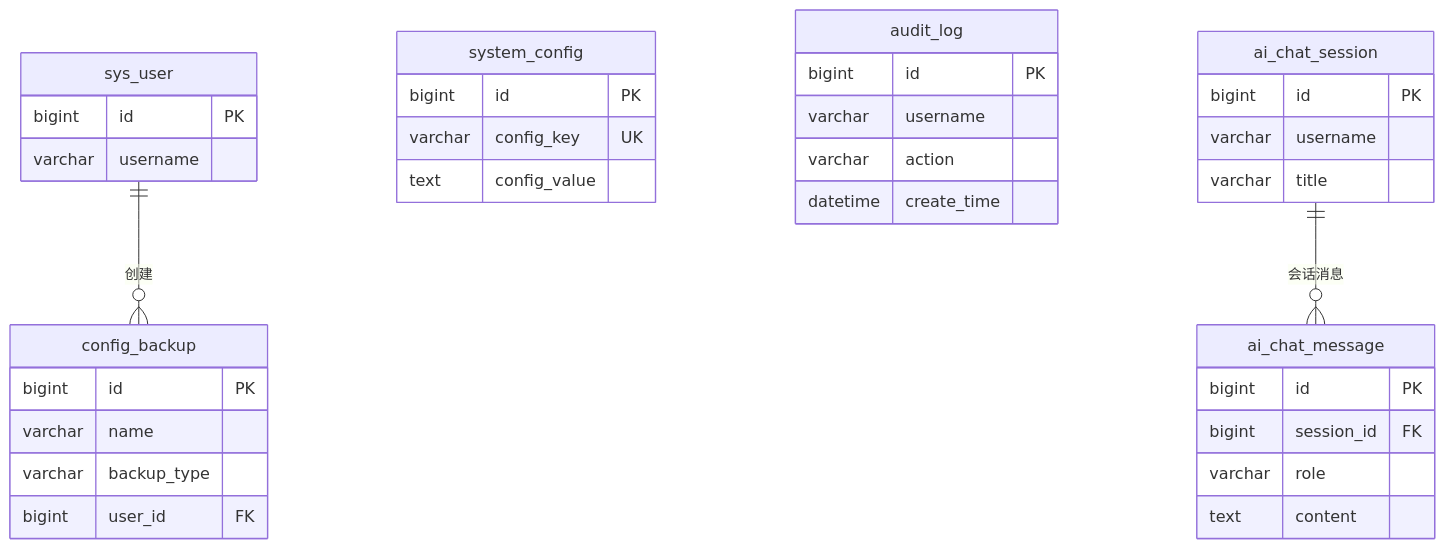
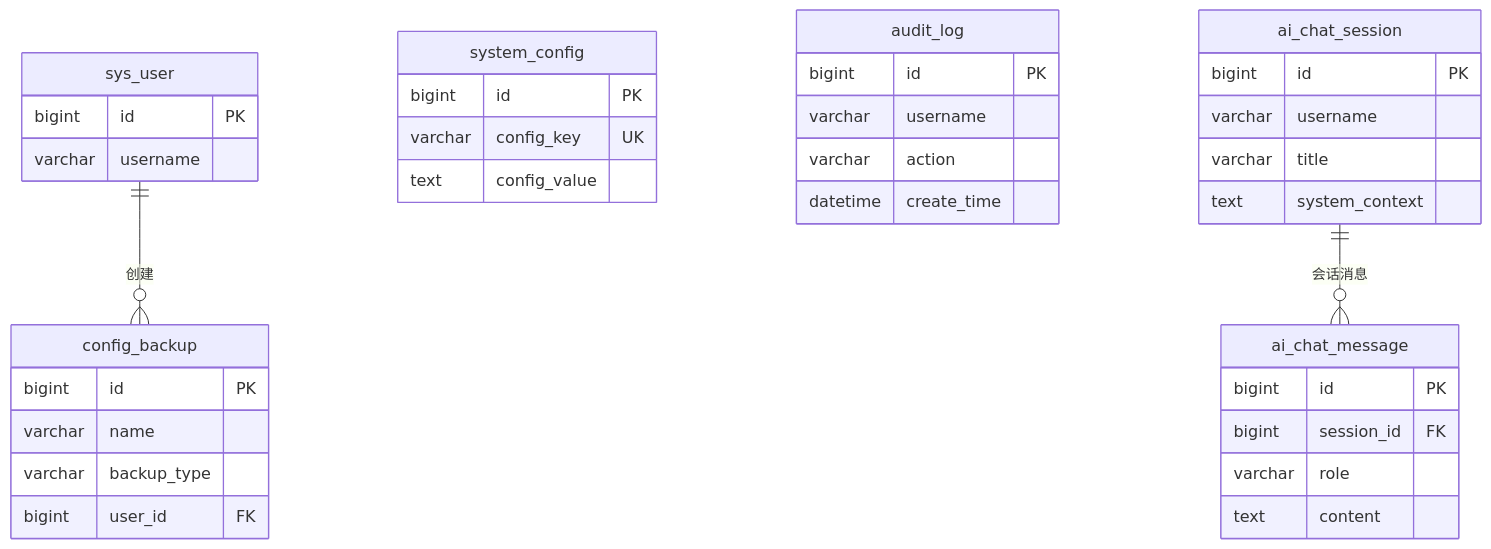
The fourth of 10 diagrams in docs/论文-数据库图示专篇-ER与表结构图.md (zedberark/jiankong), drawn with Mermaid before and after one commit. The commit also changed other lines of this file and 17 other files, not shown here.

````diff
--- a/docs/论文-数据库图示专篇-ER与表结构图.md
+++ b/docs/论文-数据库图示专篇-ER与表结构图.md
@@ -119,37 +129,38 @@
 ```mermaid
 erDiagram
     sys_user {
         bigint id PK
         varchar username
     }
     system_config {
         bigint id PK
         varchar config_key UK
         text config_value
     }
     config_backup {
         bigint id PK
         varchar name
         varchar backup_type
         bigint user_id FK
     }
     audit_log {
         bigint id PK
         varchar username
         varchar action
         datetime create_time
     }
     ai_chat_session {
         bigint id PK
         varchar username
         varchar title
+        text system_context
     }
     ai_chat_message {
         bigint id PK
         bigint session_id FK
         varchar role
         text content
     }
     sys_user ||--o{ config_backup : "创建"
     ai_chat_session ||--o{ ai_chat_message : "会话消息"
 ```
````
